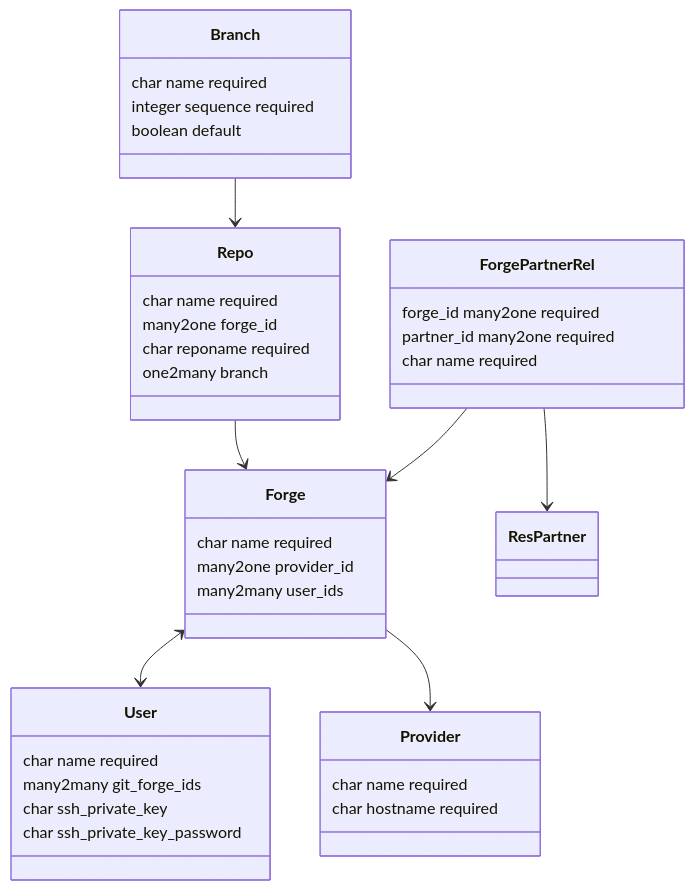
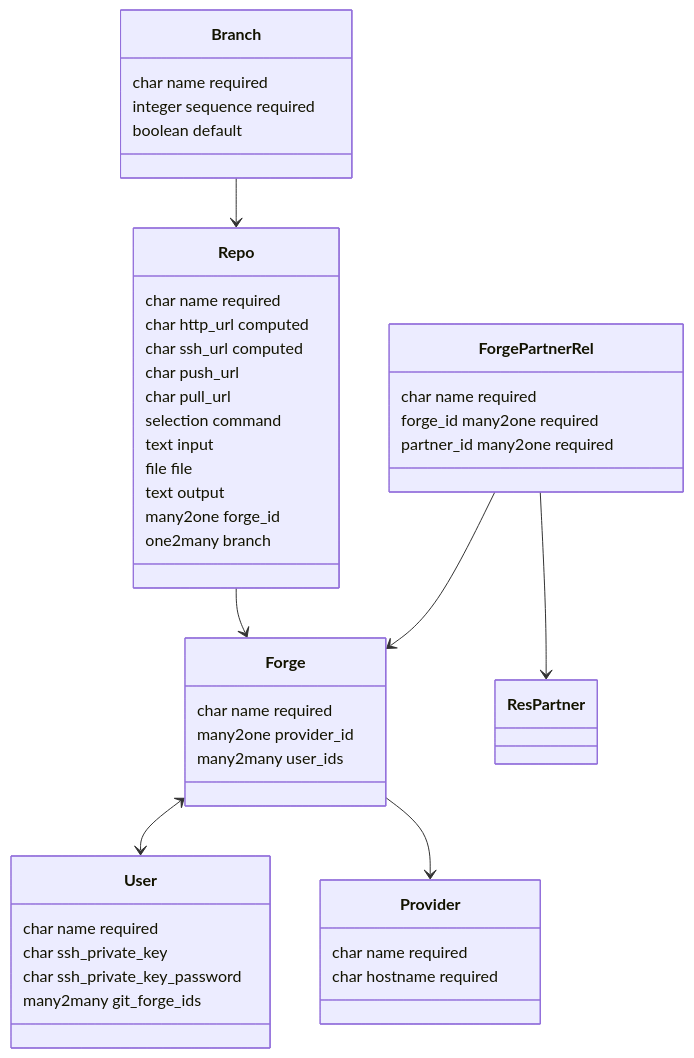
One commit to Mint-System/Wiki changed the diagram in Specification Git Kubernetes.md. Above: the diagram before and after it, drawn with Mermaid. The commit also changed other lines of this file and 2 other files, not shown here.

Commit message:
vault backup: 2024-11-21 08:58:23

````diff
--- a/Specification Git Kubernetes.md
+++ b/Specification Git Kubernetes.md
@@ -21,46 +21,60 @@
 ```mermaid
 classDiagram
     Forge <--> User
 	ForgePartnerRel --> Forge
 	Forge --> Provider
 	ForgePartnerRel --> ResPartner
 	Repo --> Forge
 	Branch --> Repo
 	
     class User {
 		char name required
-		many2many git_forge_ids
 		char ssh_private_key
 		char ssh_private_key_password
+
+		many2many git_forge_ids
     }
 
 	class Forge {
 		char name required
+		
 		many2one provider_id
 		many2many user_ids
 	}
 	
 	class Provider {
 		char name required
 		char hostname required
 	}
 
 	class ForgePartnerRel {
+		char name required
+	
 		forge_id many2one required
 		partner_id many2one required
-		char name required
+		
 	}
 
     class Repo{
 		char name required
+		char http_url computed
+		char ssh_url computed
+		char push_url
+		char pull_url
+		
+		selection command
+		text input
+		file file
+		text output
+		
 		many2one forge_id
-		char reponame required
+
 		one2many branch
     }
 
     class Branch{
 		char name required
 		integer sequence required
 		boolean default
     }
 ```
````
